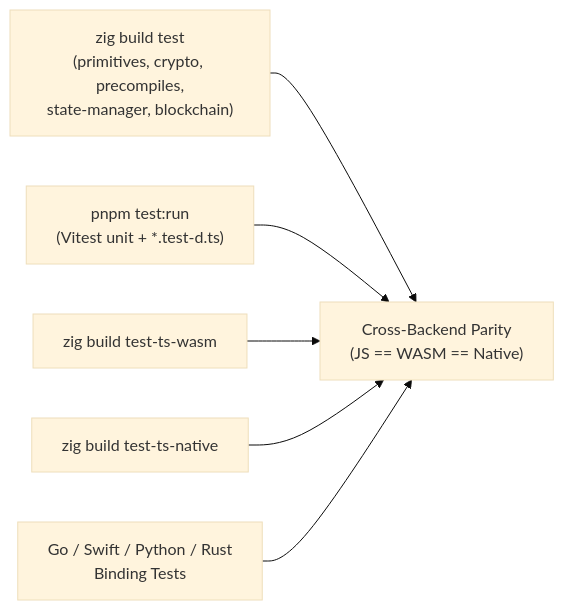
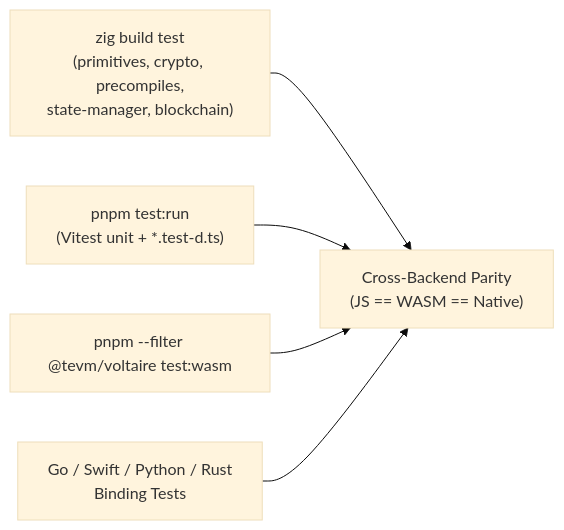
Before and after one commit to evmts/voltaire: the diagram in packages/voltaire-ts/docs/dev/testing.mdx, drawn with Mermaid (base theme). The commit also changed other lines of this file and 129 other files, not shown here.

````diff
--- a/packages/voltaire-ts/docs/dev/testing.mdx
+++ b/packages/voltaire-ts/docs/dev/testing.mdx
@@ -8,8 +8,7 @@
 ```mermaid
 flowchart LR
   Zig["zig build test\n(primitives, crypto, precompiles,\nstate-manager, blockchain)"] --> Parity["Cross-Backend Parity\n(JS == WASM == Native)"]
   TS["pnpm test:run\n(Vitest unit + *.test-d.ts)"] --> Parity
-  Wasm["zig build test-ts-wasm"] --> Parity
-  Nat["zig build test-ts-native"] --> Parity
+  Wasm["pnpm --filter @tevm/voltaire test:wasm"] --> Parity
   Bind["Go / Swift / Python / Rust\nBinding Tests"] --> Parity
 ```
````
